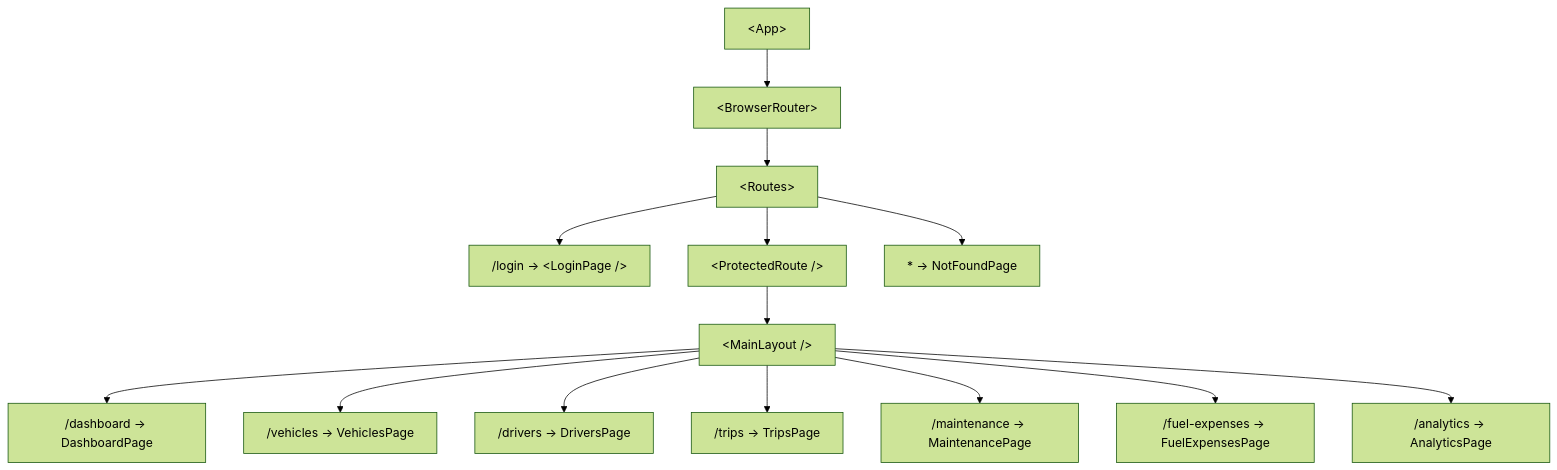
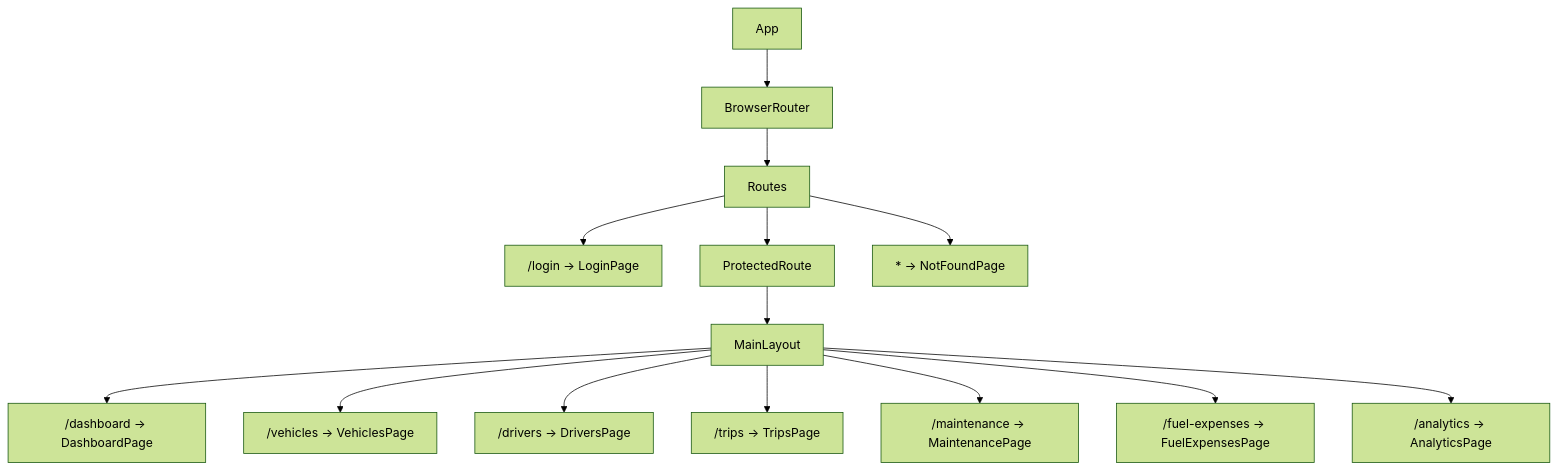
One commit to ShyamalKacha/TransitOps changed the seventh of 9 diagrams in TRANSITOPS_DESIGN.md. Above: the diagram before and after it, drawn with Mermaid (forest theme). The commit also changed other lines of this file, not shown here.

````diff
--- a/TRANSITOPS_DESIGN.md
+++ b/TRANSITOPS_DESIGN.md
@@ -757,33 +757,33 @@
 ```mermaid
 graph TD
-    APP["&lt;App&gt;"]
-    BR["&lt;BrowserRouter&gt;"]
-    RS["&lt;Routes&gt;"]
+    APP["App"]
+    BR["BrowserRouter"]
+    RS["Routes"]
 
-    Login["/login → &lt;LoginPage /&gt;"]
-    PR["&lt;ProtectedRoute /&gt;"]
-    ML["&lt;MainLayout /&gt;"]
+    Login["/login → LoginPage"]
+    PR["ProtectedRoute"]
+    ML["MainLayout"]
 
     DASH["/dashboard → DashboardPage"]
     VEH["/vehicles → VehiclesPage"]
     DRV["/drivers → DriversPage"]
     TRP["/trips → TripsPage"]
     MNT["/maintenance → MaintenancePage"]
     FEL["/fuel-expenses → FuelExpensesPage"]
     ANL["/analytics → AnalyticsPage"]
     NF["* → NotFoundPage"]
 
     APP --> BR
     BR --> RS
     RS --> Login
     RS --> PR
     RS --> NF
     PR --> ML
     ML --> DASH
     ML --> VEH
     ML --> DRV
     ML --> TRP
     ML --> MNT
     ML --> FEL
     ML --> ANL
 ```
````
